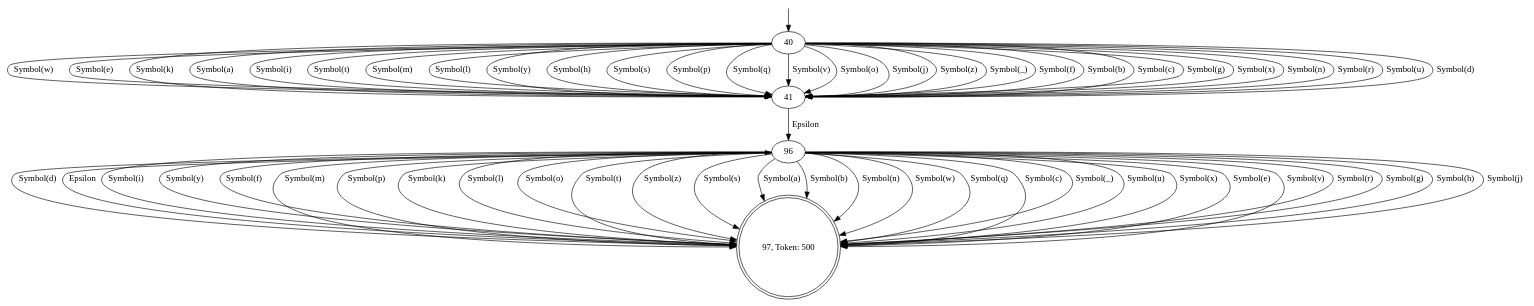
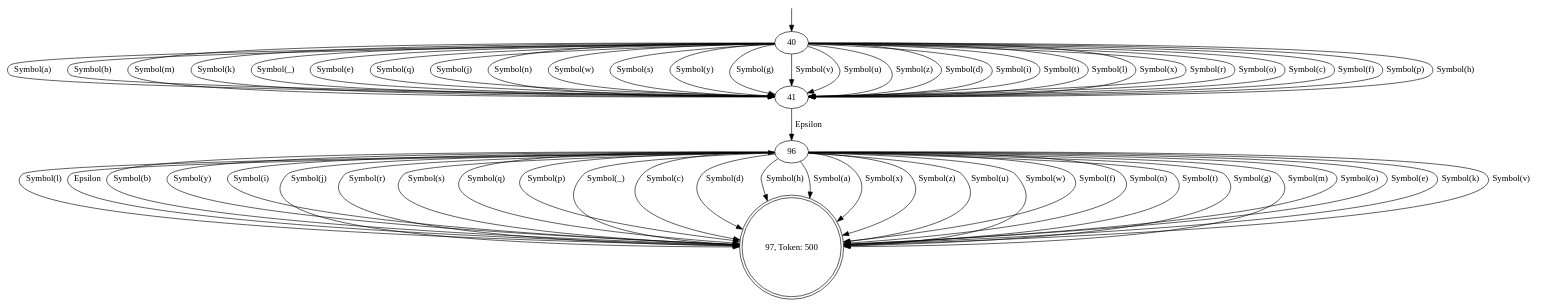
The diagram in fragment_6_automaton.dot (Thewbi/stm8_asm), drawn with Graphviz before and after one commit. The commit also changed other lines of this file and 28 other files, not shown here.

```diff
--- a/fragment_6_automaton.dot
+++ b/fragment_6_automaton.dot
@@ -1,64 +1,64 @@
 // https://dreampuf.github.io/GraphvizOnline
 
 digraph {
 	start_pointer [label= "", shape=none,height=.0,width=.0]
 	start_pointer -> 40;
 	97[shape=doublecircle];
 	97[label="97, Token: 500"];
+	96 -> 97[label="Symbol(b)"];
+	96 -> 97[label="Symbol(y)"];
+	96 -> 97[label="Symbol(i)"];
+	41 -> 96[label="Epsilon"];
+	40 -> 41[label="Symbol(a)"];
+	97 -> 96[label="Epsilon"];
+	40 -> 41[label="Symbol(b)"];
+	96 -> 97[label="Symbol(j)"];
+	40 -> 41[label="Symbol(m)"];
+	40 -> 41[label="Symbol(k)"];
+	96 -> 97[label="Symbol(r)"];
+	96 -> 97[label="Symbol(s)"];
+	40 -> 41[label="Symbol(_)"];
+	40 -> 41[label="Symbol(e)"];
+	40 -> 41[label="Symbol(q)"];
+	96 -> 97[label="Symbol(q)"];
+	96 -> 97[label="Symbol(p)"];
+	96 -> 97[label="Symbol(_)"];
+	40 -> 41[label="Symbol(j)"];
+	96 -> 97[label="Symbol(c)"];
+	96 -> 97[label="Symbol(d)"];
+	96 -> 97[label="Symbol(h)"];
+	96 -> 97[label="Symbol(a)"];
+	40 -> 41[label="Symbol(n)"];
+	96 -> 97[label="Symbol(x)"];
 	40 -> 41[label="Symbol(w)"];
-	96 -> 97[label="Symbol(i)"];
-	40 -> 41[label="Symbol(e)"];
-	40 -> 41[label="Symbol(k)"];
-	40 -> 41[label="Symbol(a)"];
+	96 -> 97[label="Symbol(z)"];
+	40 -> 41[label="Symbol(s)"];
+	40 -> 41[label="Symbol(y)"];
+	40 -> 41[label="Symbol(g)"];
+	40 -> 41[label="Symbol(v)"];
+	40 -> 41[label="Symbol(u)"];
+	40 -> 41[label="Symbol(z)"];
+	96 -> 97[label="Symbol(u)"];
+	40 -> 41[label="Symbol(d)"];
+	96 -> 97[label="Symbol(w)"];
+	96 -> 97[label="Symbol(f)"];
 	40 -> 41[label="Symbol(i)"];
-	96 -> 97[label="Symbol(y)"];
+	96 -> 97[label="Symbol(n)"];
+	96 -> 97[label="Symbol(t)"];
+	96 -> 97[label="Symbol(g)"];
 	40 -> 41[label="Symbol(t)"];
-	96 -> 97[label="Symbol(f)"];
+	40 -> 41[label="Symbol(l)"];
 	96 -> 97[label="Symbol(m)"];
-	96 -> 97[label="Symbol(p)"];
-	40 -> 41[label="Symbol(m)"];
-	40 -> 41[label="Symbol(l)"];
+	40 -> 41[label="Symbol(x)"];
+	40 -> 41[label="Symbol(r)"];
+	96 -> 97[label="Symbol(o)"];
+	40 -> 41[label="Symbol(o)"];
+	96 -> 97[label="Symbol(e)"];
 	96 -> 97[label="Symbol(k)"];
+	96 -> 97[label="Symbol(v)"];
+	40 -> 41[label="Symbol(c)"];
+	40 -> 41[label="Symbol(f)"];
 	96 -> 97[label="Symbol(l)"];
-	96 -> 97[label="Symbol(o)"];
-	40 -> 41[label="Symbol(y)"];
+	40 -> 41[label="Symbol(p)"];
 	40 -> 41[label="Symbol(h)"];
-	40 -> 41[label="Symbol(s)"];
-	40 -> 41[label="Symbol(p)"];
-	40 -> 41[label="Symbol(q)"];
-	40 -> 41[label="Symbol(v)"];
-	40 -> 41[label="Symbol(o)"];
-	96 -> 97[label="Symbol(t)"];
-	96 -> 97[label="Symbol(z)"];
-	97 -> 96[label="Epsilon"];
-	96 -> 97[label="Symbol(s)"];
-	96 -> 97[label="Symbol(a)"];
-	40 -> 41[label="Symbol(j)"];
-	96 -> 97[label="Symbol(b)"];
-	96 -> 97[label="Symbol(n)"];
-	96 -> 97[label="Symbol(w)"];
-	96 -> 97[label="Symbol(q)"];
-	40 -> 41[label="Symbol(z)"];
-	96 -> 97[label="Symbol(c)"];
-	96 -> 97[label="Symbol(_)"];
-	96 -> 97[label="Symbol(u)"];
-	40 -> 41[label="Symbol(_)"];
-	96 -> 97[label="Symbol(x)"];
-	96 -> 97[label="Symbol(e)"];
-	40 -> 41[label="Symbol(f)"];
-	40 -> 41[label="Symbol(b)"];
-	40 -> 41[label="Symbol(c)"];
-	40 -> 41[label="Symbol(g)"];
-	96 -> 97[label="Symbol(v)"];
-	40 -> 41[label="Symbol(x)"];
-	40 -> 41[label="Symbol(n)"];
-	96 -> 97[label="Symbol(r)"];
-	96 -> 97[label="Symbol(g)"];
-	41 -> 96[label="Epsilon"];
-	96 -> 97[label="Symbol(h)"];
-	40 -> 41[label="Symbol(r)"];
-	40 -> 41[label="Symbol(u)"];
-	40 -> 41[label="Symbol(d)"];
-	96 -> 97[label="Symbol(j)"];
-	96 -> 97[label="Symbol(d)"];
 }
```
